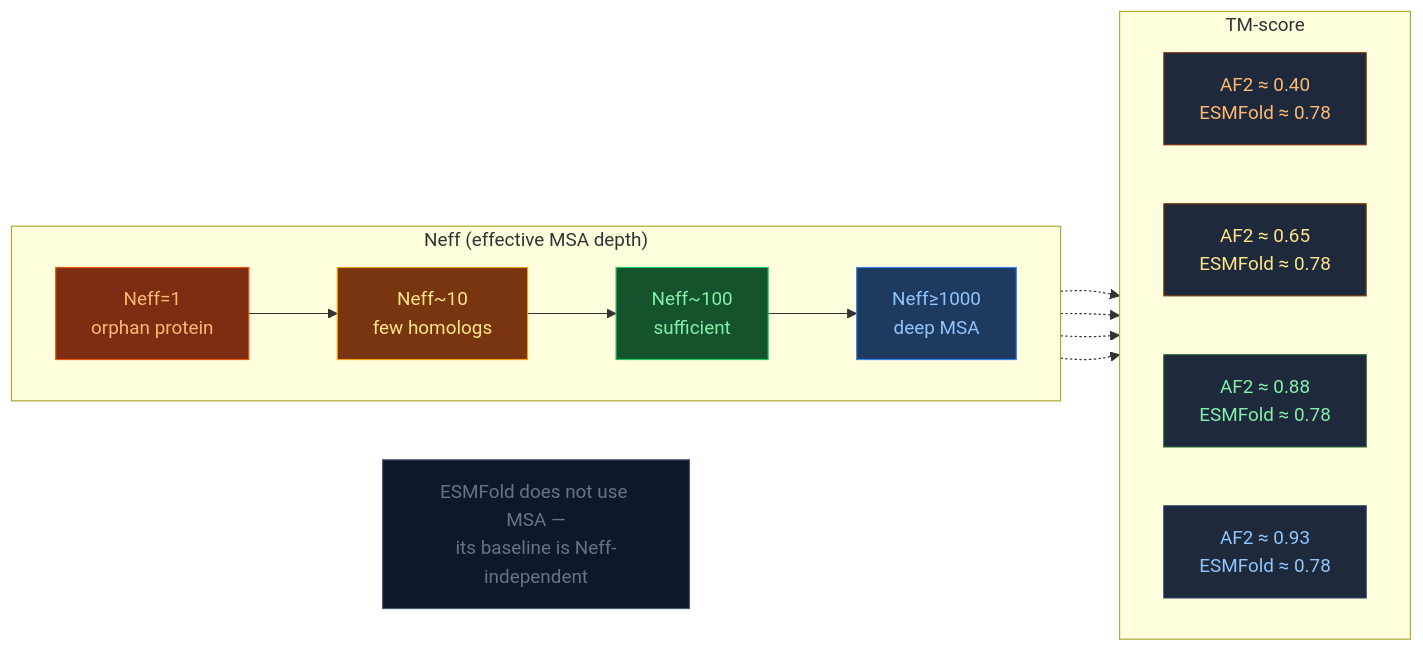
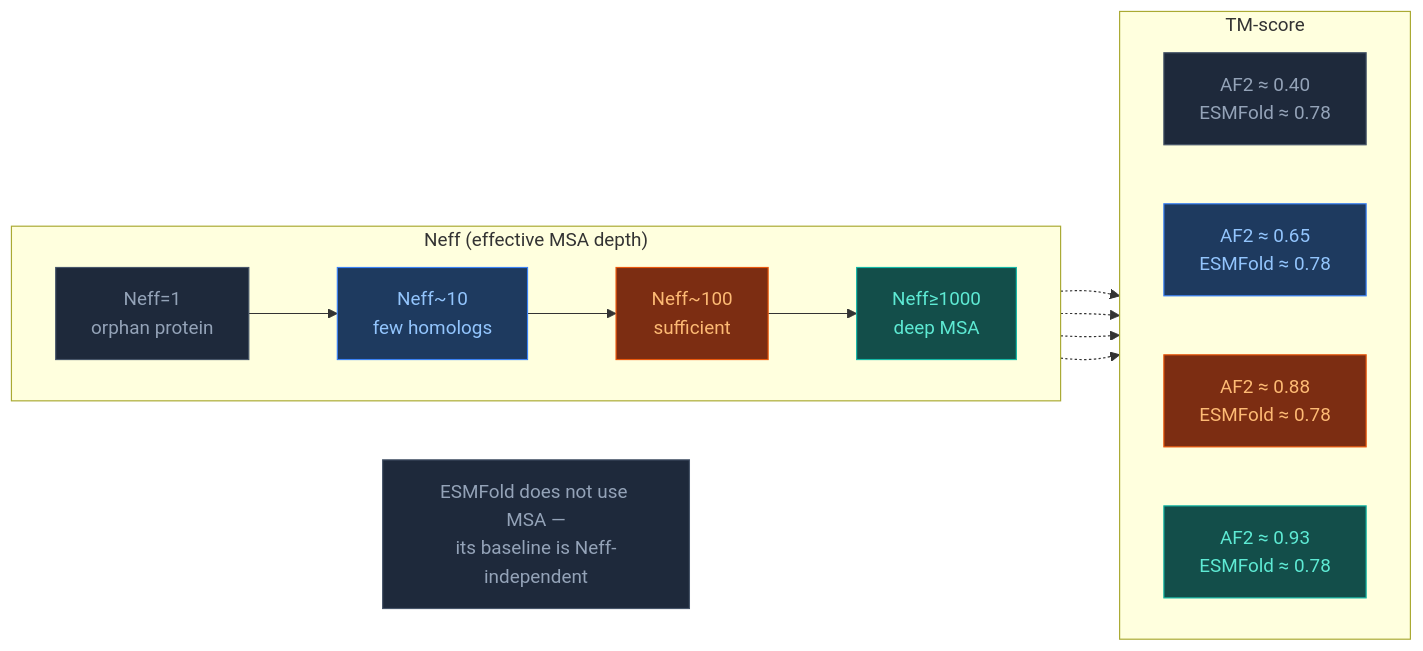
One commit to OlehVolkov/AlphaFold3-AIGen-KnowledgeBase changed the second of 2 diagrams in EN/2. Concepts/2.3. Structural-Bioinformatics/2.3.4. MSA.md. Above: the diagram before and after it, drawn with Mermaid. The commit also changed other lines of this file and 33 other files, not shown here.

Commit message:
Linting and fixes in diagrams

````diff
--- a/EN/2. Concepts/2.3. Structural-Bioinformatics/2.3.4. MSA.md
+++ b/EN/2. Concepts/2.3. Structural-Bioinformatics/2.3.4. MSA.md
@@ -60,36 +61,33 @@
 ```mermaid
 flowchart LR
     subgraph DEPTH["Neff (effective MSA depth)"]
         direction LR
-        D1["Neff=1<br/>orphan protein"]:::d_low
-        D2["Neff~10<br/>few homologs"]:::d_med
-        D3["Neff~100<br/>sufficient"]:::d_good
-        D4["Neff≥1000<br/>deep MSA"]:::d_high
+        D1["Neff=1<br/>orphan protein"]:::neutral
+        D2["Neff~10<br/>few homologs"]:::input
+        D3["Neff~100<br/>sufficient"]:::confidence
+        D4["Neff≥1000<br/>deep MSA"]:::output
         D1 --> D2 --> D3 --> D4
     end
 
     subgraph SCORE["TM-score"]
         direction LR
-        S1["AF2 ≈ 0.40<br/>ESMFold ≈ 0.78"]:::s_low
-        S2["AF2 ≈ 0.65<br/>ESMFold ≈ 0.78"]:::s_med
-        S3["AF2 ≈ 0.88<br/>ESMFold ≈ 0.78"]:::s_good
-        S4["AF2 ≈ 0.93<br/>ESMFold ≈ 0.78"]:::s_high
+        S1["AF2 ≈ 0.40<br/>ESMFold ≈ 0.78"]:::neutral
+        S2["AF2 ≈ 0.65<br/>ESMFold ≈ 0.78"]:::input
+        S3["AF2 ≈ 0.88<br/>ESMFold ≈ 0.78"]:::confidence
+        S4["AF2 ≈ 0.93<br/>ESMFold ≈ 0.78"]:::output
     end
 
     D1 -.-> S1
     D2 -.-> S2
     D3 -.-> S3
     D4 -.-> S4
 
-    NOTE["ESMFold does not use MSA —<br/>its baseline is Neff-independent"]:::note
+    NOTE["ESMFold does not use MSA —<br/>its baseline is Neff-independent"]:::neutral
 
-    classDef d_low  fill:#7c2d12,stroke:#ea580c,color:#fdba74
-    classDef d_med  fill:#78350f,stroke:#f59e0b,color:#fde68a
-    classDef d_good fill:#14532d,stroke:#22c55e,color:#86efac
-    classDef d_high fill:#1e3a5f,stroke:#3b82f6,color:#93c5fd
-    classDef s_low  fill:#1e293b,stroke:#7c2d12,color:#fdba74
-    classDef s_med  fill:#1e293b,stroke:#78350f,color:#fde68a
-    classDef s_good fill:#1e293b,stroke:#14532d,color:#86efac
-    classDef s_high fill:#1e293b,stroke:#1e3a5f,color:#93c5fd
-    classDef note   fill:#0f172a,stroke:#475569,color:#64748b
+    classDef input fill:#1e3a5f,stroke:#3b82f6,color:#93c5fd
+    classDef trunk fill:#312e81,stroke:#7c3aed,color:#c4b5fd
+    classDef diffusion fill:#14532d,stroke:#22c55e,color:#86efac
+    classDef confidence fill:#7c2d12,stroke:#ea580c,color:#fdba74
+    classDef output fill:#134e4a,stroke:#14b8a6,color:#5eead4
+    classDef neutral fill:#1e293b,stroke:#475569,color:#94a3b8
 ```
````
